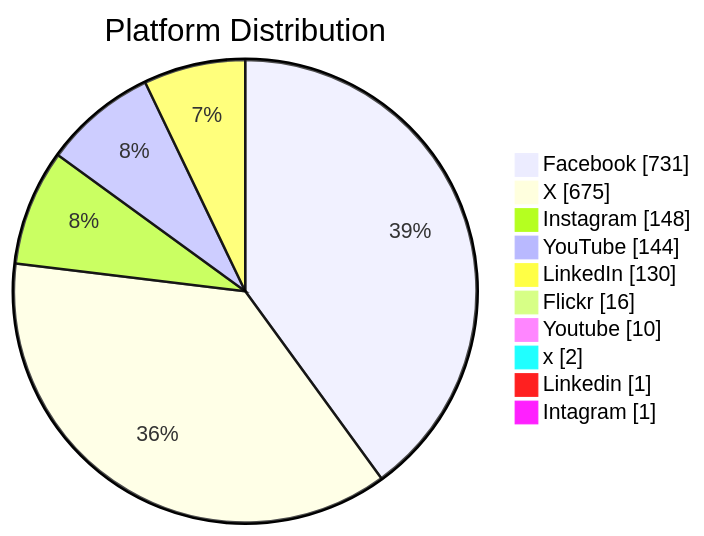
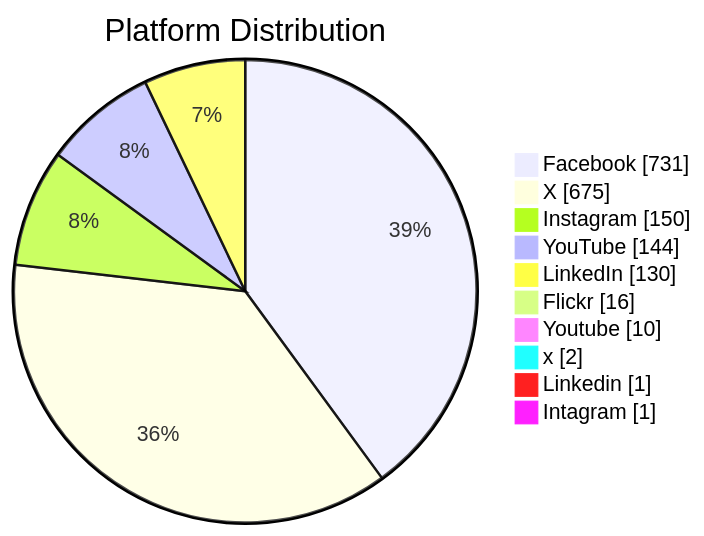
The second of 6 diagrams in README.md (PatLittle/GC-Socials), drawn with Mermaid before and after one commit. The commit also changed other lines of this file, not shown here.

Commit message:
Update README with Platform Distribution pie chart

````diff
--- a/README.md
+++ b/README.md
@@ -61,13 +63,13 @@
 ```mermaid
 pie showData title Platform Distribution
     "Facebook": 731
     "X": 675
-    "Instagram": 148
+    "Instagram": 150
     "YouTube": 144
     "LinkedIn": 130
     "Flickr": 16
     "Youtube": 10
     "x": 2
     "Linkedin": 1
     "Intagram": 1
 ```
````
